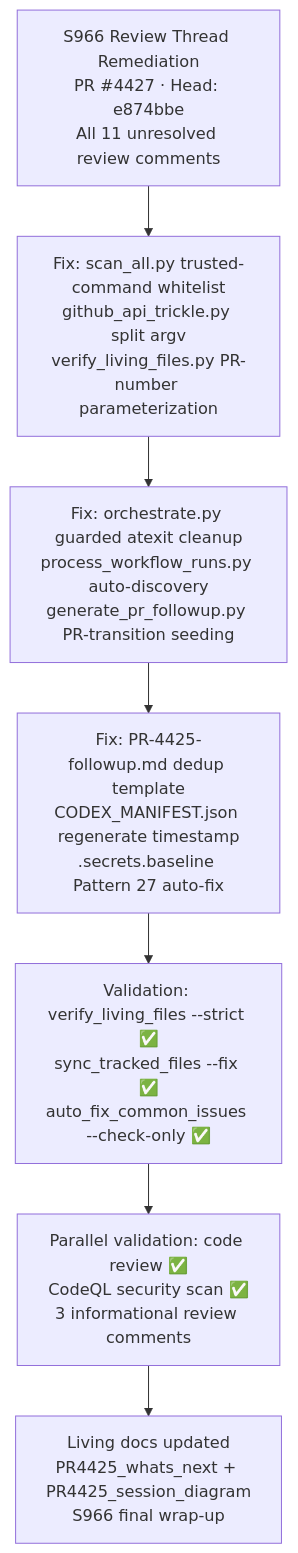
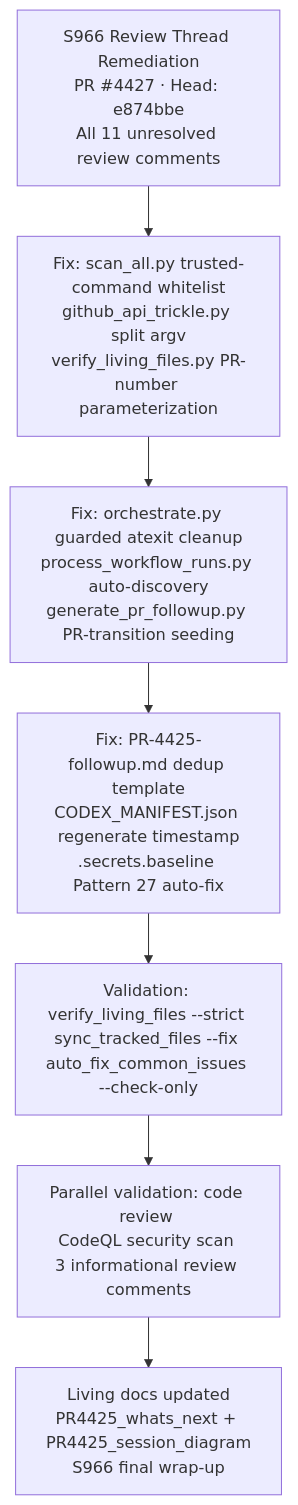
One commit to Aries-Serpent/_codex_ changed the diagram in docs/sessions/PR4425_session_diagram.md. Above: the diagram before and after it, drawn with Mermaid. The commit also changed other lines of this file and 2029 other files, not shown here.

````diff
--- a/docs/sessions/PR4425_session_diagram.md
+++ b/docs/sessions/PR4425_session_diagram.md
@@ -3,11 +5,11 @@
 ```mermaid
 %%{init: {'accessibility': {'title': 'Flowchart showing S966 Review Thread Remediation<br/>PR #4427 · Head: e874bbe<br/>All 11 unresolved review comments, Fix: scan_all.py trusted-command whitelist<br/>github_api_trickle.py split argv<br/>verify_living_files.py PR-number parameterization'}}%%
 graph TD
   A[S966 Review Thread Remediation<br/>PR #4427 · Head: e874bbe<br/>All 11 unresolved review comments] --> B
   B[Fix: scan_all.py trusted-command whitelist<br/>github_api_trickle.py split argv<br/>verify_living_files.py PR-number parameterization] --> C
   C[Fix: orchestrate.py guarded atexit cleanup<br/>process_workflow_runs.py auto-discovery<br/>generate_pr_followup.py PR-transition seeding] --> D
   D[Fix: PR-4425-followup.md dedup template<br/>CODEX_MANIFEST.json regenerate timestamp<br/>.secrets.baseline Pattern 27 auto-fix] --> E
-  E[Validation: verify_living_files --strict ✅<br/>sync_tracked_files --fix ✅<br/>auto_fix_common_issues --check-only ✅] --> F
-  F[Parallel validation: code review ✅<br/>CodeQL security scan ✅<br/>3 informational review comments] --> G
+  E[Validation: verify_living_files --strict <br/>sync_tracked_files --fix <br/>auto_fix_common_issues --check-only ] --> F
+  F[Parallel validation: code review <br/>CodeQL security scan <br/>3 informational review comments] --> G
   G[Living docs updated<br/>PR4425_whats_next + PR4425_session_diagram<br/>S966 final wrap-up]
 ```
````
